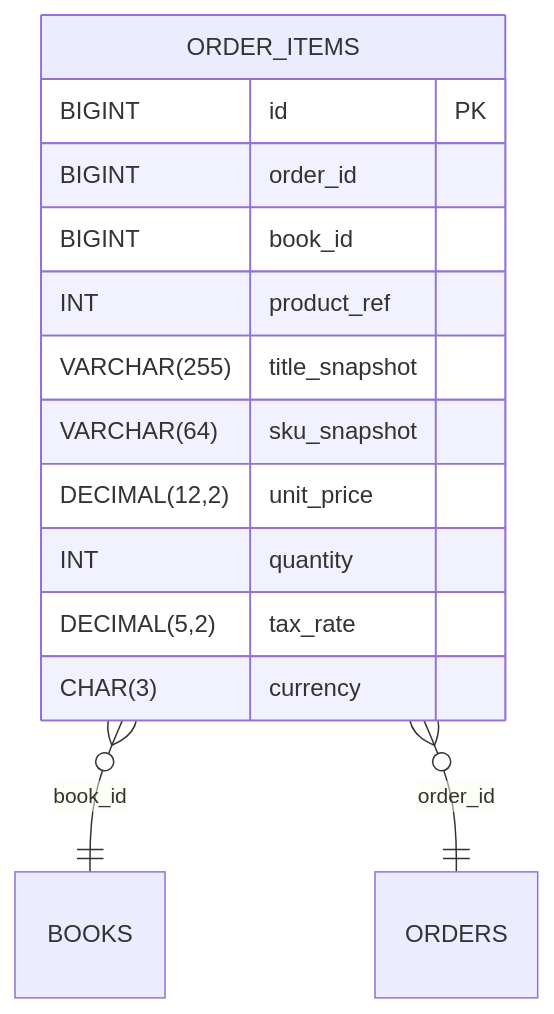
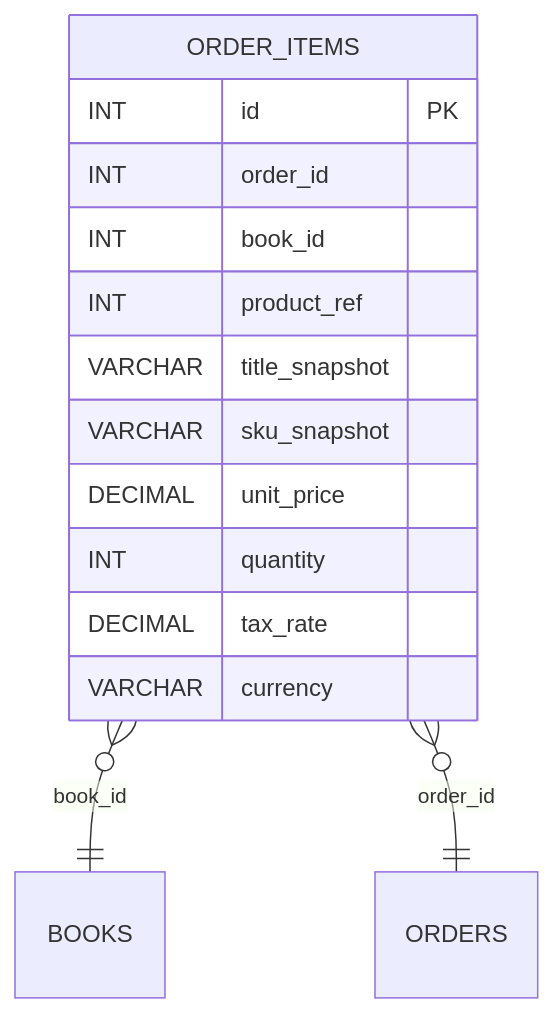
The diagram in README.md (blackcatdatabase/table-order-items), drawn with Mermaid before and after one commit. The commit also changed other lines of this file, not shown here.

Commit message:
chore(schema): add/update generated schema + README (umbrella sync)

````diff
--- a/README.md
+++ b/README.md
@@ -55,17 +55,17 @@
 ```mermaid
 erDiagram
   ORDER_ITEMS {
-    BIGINT id PK
-    BIGINT order_id
-    BIGINT book_id
+    INT id PK
+    INT order_id
+    INT book_id
     INT product_ref
-    VARCHAR(255) title_snapshot
-    VARCHAR(64) sku_snapshot
-    DECIMAL(12,2) unit_price
+    VARCHAR title_snapshot
+    VARCHAR sku_snapshot
+    DECIMAL unit_price
     INT quantity
-    DECIMAL(5,2) tax_rate
-    CHAR(3) currency
+    DECIMAL tax_rate
+    VARCHAR currency
   }
   ORDER_ITEMS }o--|| BOOKS : "book_id"
   ORDER_ITEMS }o--|| ORDERS : "order_id"
 ```
````
